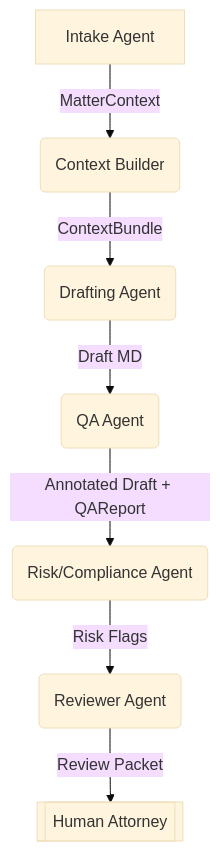
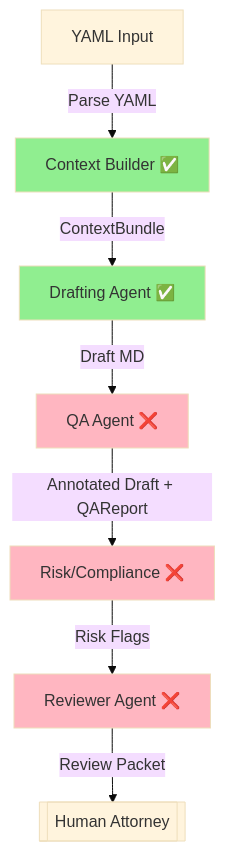
The first of 2 diagrams in Multiagent.md (ryanmosz/CaseThread), drawn with Mermaid (base theme) before and after one commit. The commit also changed other lines of this file and 3 other files, not shown here.

````diff
--- a/Multiagent.md
+++ b/Multiagent.md
@@ -33,9 +43,15 @@
 ```mermaid
 graph TD
-    A[Intake Agent] -->|MatterContext| B(Context Builder)
-    B -->|ContextBundle| C(Drafting Agent)
-    C -->|Draft MD| D(QA Agent)
-    D -->|Annotated Draft + QAReport| E(Risk/Compliance Agent)
-    E -->|Risk Flags| F(Reviewer Agent)
+    A[YAML Input] -->|Parse YAML| B[Context Builder ✅]
+    B -->|ContextBundle| C[Drafting Agent ✅]
+    C -->|Draft MD| D[QA Agent ❌]
+    D -->|Annotated Draft + QAReport| E[Risk/Compliance ❌]
+    E -->|Risk Flags| F[Reviewer Agent ❌]
     F -->|Review Packet| G[[Human Attorney]]
+    
+    style B fill:#90EE90
+    style C fill:#90EE90
+    style D fill:#FFB6C1
+    style E fill:#FFB6C1
+    style F fill:#FFB6C1
 ```
````
